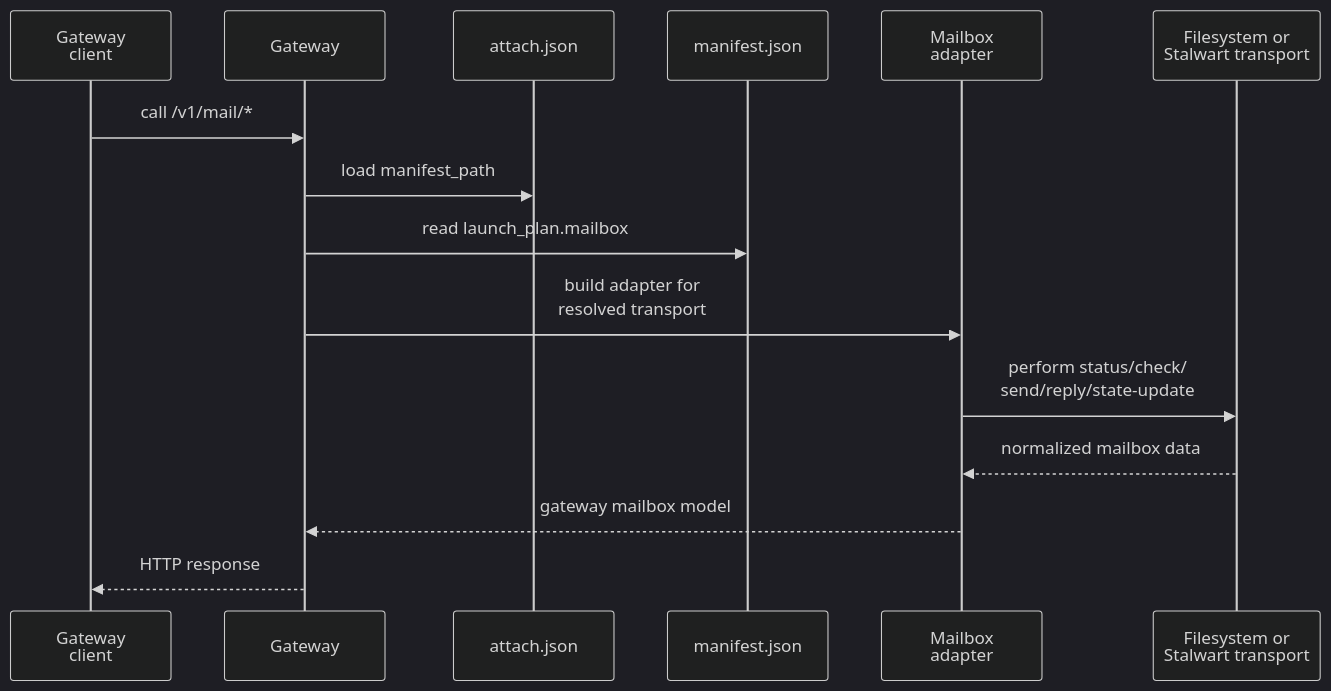
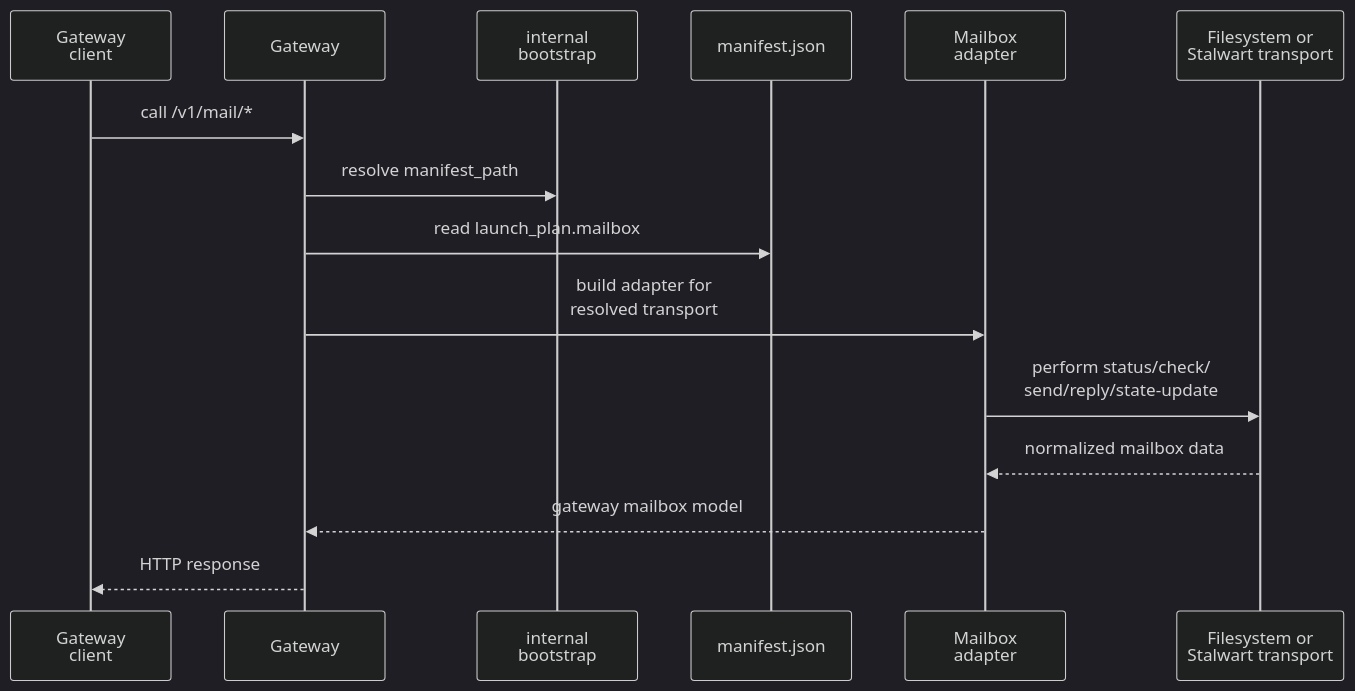
The diagram in docs/reference/gateway/operations/mailbox-facade.md (igamenovoer/houmao), drawn with Mermaid (dark theme) before and after one commit. The commit also changed other lines of this file and 37 other files, not shown here.

````diff
--- a/docs/reference/gateway/operations/mailbox-facade.md
+++ b/docs/reference/gateway/operations/mailbox-facade.md
@@ -56,17 +56,17 @@
 ```mermaid
 sequenceDiagram
     participant Cli as Gateway<br/>client
     participant Gw as Gateway
-    participant Att as attach.json
+    participant Att as internal<br/>bootstrap
     participant Man as manifest.json
     participant Ad as Mailbox<br/>adapter
     participant MB as Filesystem or<br/>Stalwart transport
     Cli->>Gw: call /v1/mail/*
-    Gw->>Att: load manifest_path
+    Gw->>Att: resolve manifest_path
     Gw->>Man: read launch_plan.mailbox
     Gw->>Ad: build adapter for<br/>resolved transport
     Ad->>MB: perform status/check/<br/>send/reply/state-update
     MB-->>Ad: normalized mailbox data
     Ad-->>Gw: gateway mailbox model
     Gw-->>Cli: HTTP response
 ```
````
